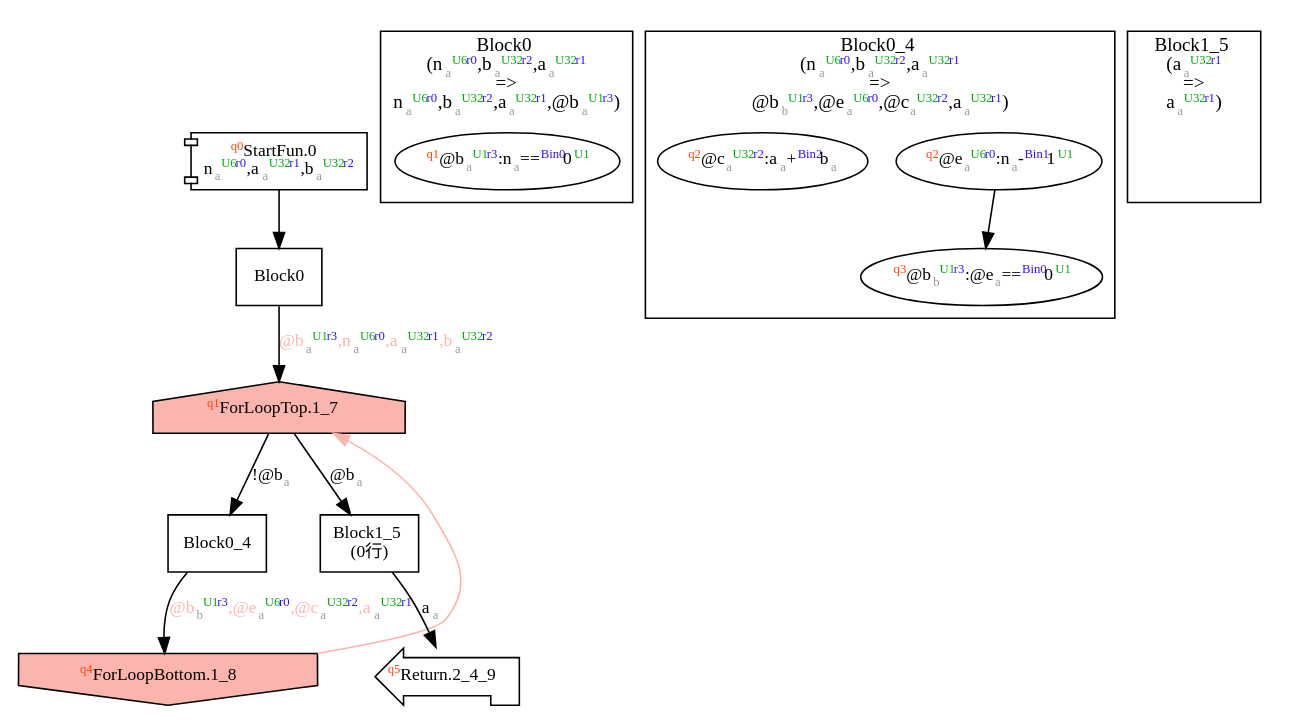
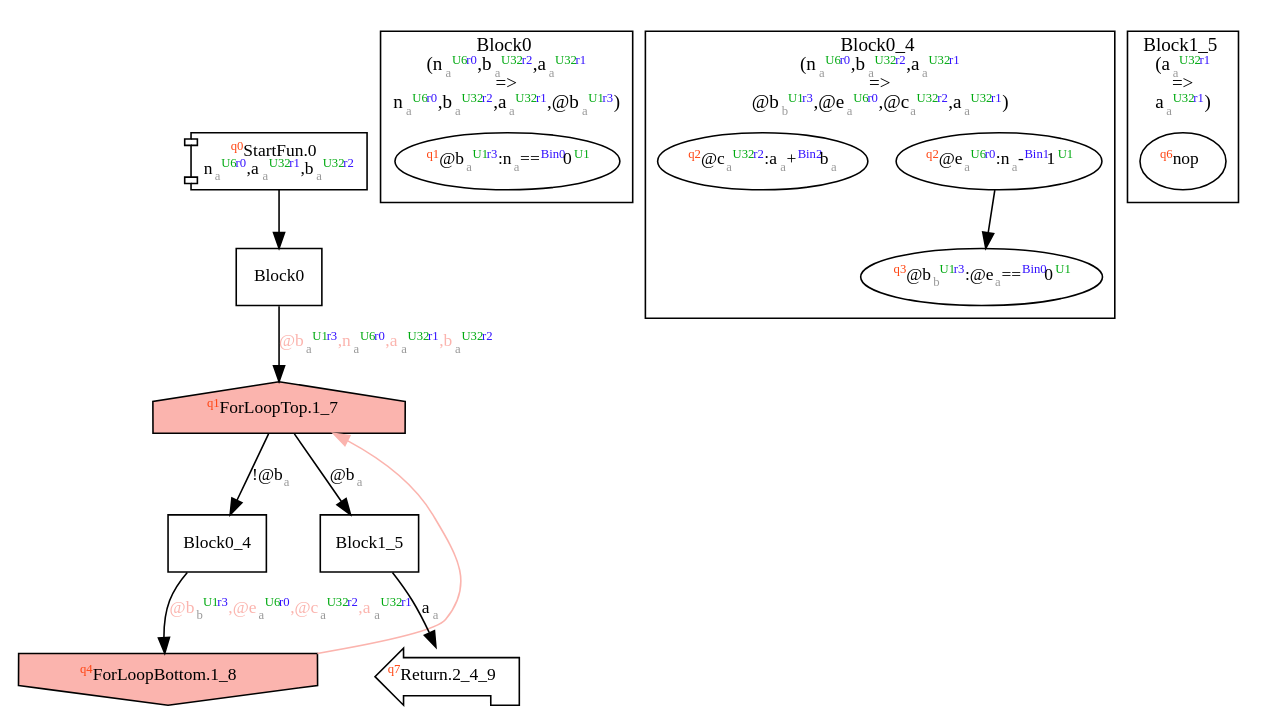
Before and after one commit to akouryy/SyntheScala: the diagram in dist/fib.dot, drawn with Graphviz. The commit also changed 21 other files, not shown here.

```diff
--- a/dist/fib.dot
+++ b/dist/fib.dot
@@ -1,45 +1,45 @@
 digraph Program_ {
   graph [fontname = "Monaco", fontsize = 12, ranksep = 0.5];
   node [shape = box, fontname = "Monaco", fontsize = 11; colorscheme = pastel19];
   edge [fontname = "Monaco", fontsize = 11; colorscheme = pastel19];
   Jump0[label = <<font color="#ff4411" point-size="8"><sup>q0</sup></font>StartFun.0<br/>n<font color="#999999" point-size="8"><sub>a</sub></font><font color="#00aa11" point-size="8"><sup>U6</sup></font><font color="#3311ff" point-size="8"><sup>r0</sup></font>,a<font color="#999999" point-size="8"><sub>a</sub></font><font color="#00aa11" point-size="8"><sup>U32</sup></font><font color="#3311ff" point-size="8"><sup>r1</sup></font>,b<font color="#999999" point-size="8"><sub>a</sub></font><font color="#00aa11" point-size="8"><sup>U32</sup></font><font color="#3311ff" point-size="8"><sup>r2</sup></font>>; shape = component];
   Jump0 -> Block0;
   Jump1_7[
     label = <<font color="#ff4411" point-size="8"><sup>q1</sup></font>ForLoopTop.1_7>;
     shape = house; style = filled;
     fillcolor = 1;
   ];
   Block0 -> Jump1_7 [label=<@b<font color="#999999" point-size="8"><sub>a</sub></font><font color="#00aa11" point-size="8"><sup>U1</sup></font><font color="#3311ff" point-size="8"><sup>r3</sup></font>,n<font color="#999999" point-size="8"><sub>a</sub></font><font color="#00aa11" point-size="8"><sup>U6</sup></font><font color="#3311ff" point-size="8"><sup>r0</sup></font>,a<font color="#999999" point-size="8"><sub>a</sub></font><font color="#00aa11" point-size="8"><sup>U32</sup></font><font color="#3311ff" point-size="8"><sup>r1</sup></font>,b<font color="#999999" point-size="8"><sub>a</sub></font><font color="#00aa11" point-size="8"><sup>U32</sup></font><font color="#3311ff" point-size="8"><sup>r2</sup></font>>; fontcolor=1];
   Jump1_7 -> Block0_4 [label = <!@b<font color="#999999" point-size="8"><sub>a</sub></font>>];
   Jump1_8 -> Jump1_7 [constraint = false; color = 1];
   Jump1_7 -> Block1_5 [label = <@b<font color="#999999" point-size="8"><sub>a</sub></font>>];
   Jump1_8[
     label = <<font color="#ff4411" point-size="8"><sup>q4</sup></font>ForLoopBottom.1_8>
     shape = invhouse; style = filled;
     fillcolor = 1;
   ];
   Block0_4 -> Jump1_8 [label=<@b<font color="#999999" point-size="8"><sub>b</sub></font><font color="#00aa11" point-size="8"><sup>U1</sup></font><font color="#3311ff" point-size="8"><sup>r3</sup></font>,@e<font color="#999999" point-size="8"><sub>a</sub></font><font color="#00aa11" point-size="8"><sup>U6</sup></font><font color="#3311ff" point-size="8"><sup>r0</sup></font>,@c<font color="#999999" point-size="8"><sub>a</sub></font><font color="#00aa11" point-size="8"><sup>U32</sup></font><font color="#3311ff" point-size="8"><sup>r2</sup></font>,a<font color="#999999" point-size="8"><sub>a</sub></font><font color="#00aa11" point-size="8"><sup>U32</sup></font><font color="#3311ff" point-size="8"><sup>r1</sup></font>>; fontcolor=1];
-  Jump2_4_9[label = <<font color="#ff4411" point-size="8"><sup>q5</sup></font>Return.2_4_9>; shape = lpromoter];
+  Jump2_4_9[label = <<font color="#ff4411" point-size="8"><sup>q7</sup></font>Return.2_4_9>; shape = lpromoter];
   Block1_5 -> Jump2_4_9 [label=<a<font color="#999999" point-size="8"><sub>a</sub></font>>];
   Block0 [label = "Block0"];
   Block0_4 [label = "Block0_4"];
-  Block1_5 [label = "Block1_5\l(0行)"];
+  Block1_5 [label = "Block1_5"];
   subgraph cluster_dfg_Block0 {
     node [shape = oval];
     label = <Block0<br/>(n<font color="#999999" point-size="8"><sub>a</sub></font><font color="#00aa11" point-size="8"><sup>U6</sup></font><font color="#3311ff" point-size="8"><sup>r0</sup></font>,b<font color="#999999" point-size="8"><sub>a</sub></font><font color="#00aa11" point-size="8"><sup>U32</sup></font><font color="#3311ff" point-size="8"><sup>r2</sup></font>,a<font color="#999999" point-size="8"><sub>a</sub></font><font color="#00aa11" point-size="8"><sup>U32</sup></font><font color="#3311ff" point-size="8"><sup>r1</sup></font><br/>=&gt;<br/>n<font color="#999999" point-size="8"><sub>a</sub></font><font color="#00aa11" point-size="8"><sup>U6</sup></font><font color="#3311ff" point-size="8"><sup>r0</sup></font>,b<font color="#999999" point-size="8"><sub>a</sub></font><font color="#00aa11" point-size="8"><sup>U32</sup></font><font color="#3311ff" point-size="8"><sup>r2</sup></font>,a<font color="#999999" point-size="8"><sub>a</sub></font><font color="#00aa11" point-size="8"><sup>U32</sup></font><font color="#3311ff" point-size="8"><sup>r1</sup></font>,@b<font color="#999999" point-size="8"><sub>a</sub></font><font color="#00aa11" point-size="8"><sup>U1</sup></font><font color="#3311ff" point-size="8"><sup>r3</sup></font>)>;
-    6 [label=<<font color="#ff4411" point-size="8"><sup>q1</sup></font>@b<font color="#999999" point-size="8"><sub>a</sub></font><font color="#00aa11" point-size="8"><sup>U1</sup></font><font color="#3311ff" point-size="8"><sup>r3</sup></font>:n<font color="#999999" point-size="8"><sub>a</sub></font>==<font color="#3311ff" point-size="8"><sup>Bin0</sup></font>0<font color="#00aa11" point-size="8"><sup>U1</sup></font>>];
+    8 [label=<<font color="#ff4411" point-size="8"><sup>q1</sup></font>@b<font color="#999999" point-size="8"><sub>a</sub></font><font color="#00aa11" point-size="8"><sup>U1</sup></font><font color="#3311ff" point-size="8"><sup>r3</sup></font>:n<font color="#999999" point-size="8"><sub>a</sub></font>==<font color="#3311ff" point-size="8"><sup>Bin0</sup></font>0<font color="#00aa11" point-size="8"><sup>U1</sup></font>>];
   }
   subgraph cluster_dfg_Block0_4 {
     node [shape = oval];
     label = <Block0_4<br/>(n<font color="#999999" point-size="8"><sub>a</sub></font><font color="#00aa11" point-size="8"><sup>U6</sup></font><font color="#3311ff" point-size="8"><sup>r0</sup></font>,b<font color="#999999" point-size="8"><sub>a</sub></font><font color="#00aa11" point-size="8"><sup>U32</sup></font><font color="#3311ff" point-size="8"><sup>r2</sup></font>,a<font color="#999999" point-size="8"><sub>a</sub></font><font color="#00aa11" point-size="8"><sup>U32</sup></font><font color="#3311ff" point-size="8"><sup>r1</sup></font><br/>=&gt;<br/>@b<font color="#999999" point-size="8"><sub>b</sub></font><font color="#00aa11" point-size="8"><sup>U1</sup></font><font color="#3311ff" point-size="8"><sup>r3</sup></font>,@e<font color="#999999" point-size="8"><sub>a</sub></font><font color="#00aa11" point-size="8"><sup>U6</sup></font><font color="#3311ff" point-size="8"><sup>r0</sup></font>,@c<font color="#999999" point-size="8"><sub>a</sub></font><font color="#00aa11" point-size="8"><sup>U32</sup></font><font color="#3311ff" point-size="8"><sup>r2</sup></font>,a<font color="#999999" point-size="8"><sub>a</sub></font><font color="#00aa11" point-size="8"><sup>U32</sup></font><font color="#3311ff" point-size="8"><sup>r1</sup></font>)>;
-    7 [label=<<font color="#ff4411" point-size="8"><sup>q2</sup></font>@e<font color="#999999" point-size="8"><sub>a</sub></font><font color="#00aa11" point-size="8"><sup>U6</sup></font><font color="#3311ff" point-size="8"><sup>r0</sup></font>:n<font color="#999999" point-size="8"><sub>a</sub></font>-<font color="#3311ff" point-size="8"><sup>Bin1</sup></font>1<font color="#00aa11" point-size="8"><sup>U1</sup></font>>];
-    8 [label=<<font color="#ff4411" point-size="8"><sup>q2</sup></font>@c<font color="#999999" point-size="8"><sub>a</sub></font><font color="#00aa11" point-size="8"><sup>U32</sup></font><font color="#3311ff" point-size="8"><sup>r2</sup></font>:a<font color="#999999" point-size="8"><sub>a</sub></font>+<font color="#3311ff" point-size="8"><sup>Bin2</sup></font>b<font color="#999999" point-size="8"><sub>a</sub></font>>];
-    9 [label=<<font color="#ff4411" point-size="8"><sup>q3</sup></font>@b<font color="#999999" point-size="8"><sub>b</sub></font><font color="#00aa11" point-size="8"><sup>U1</sup></font><font color="#3311ff" point-size="8"><sup>r3</sup></font>:@e<font color="#999999" point-size="8"><sub>a</sub></font>==<font color="#3311ff" point-size="8"><sup>Bin0</sup></font>0<font color="#00aa11" point-size="8"><sup>U1</sup></font>>];
-    7 -> 9;
+    9 [label=<<font color="#ff4411" point-size="8"><sup>q2</sup></font>@e<font color="#999999" point-size="8"><sub>a</sub></font><font color="#00aa11" point-size="8"><sup>U6</sup></font><font color="#3311ff" point-size="8"><sup>r0</sup></font>:n<font color="#999999" point-size="8"><sub>a</sub></font>-<font color="#3311ff" point-size="8"><sup>Bin1</sup></font>1<font color="#00aa11" point-size="8"><sup>U1</sup></font>>];
+    10 [label=<<font color="#ff4411" point-size="8"><sup>q2</sup></font>@c<font color="#999999" point-size="8"><sub>a</sub></font><font color="#00aa11" point-size="8"><sup>U32</sup></font><font color="#3311ff" point-size="8"><sup>r2</sup></font>:a<font color="#999999" point-size="8"><sub>a</sub></font>+<font color="#3311ff" point-size="8"><sup>Bin2</sup></font>b<font color="#999999" point-size="8"><sub>a</sub></font>>];
+    11 [label=<<font color="#ff4411" point-size="8"><sup>q3</sup></font>@b<font color="#999999" point-size="8"><sub>b</sub></font><font color="#00aa11" point-size="8"><sup>U1</sup></font><font color="#3311ff" point-size="8"><sup>r3</sup></font>:@e<font color="#999999" point-size="8"><sub>a</sub></font>==<font color="#3311ff" point-size="8"><sup>Bin0</sup></font>0<font color="#00aa11" point-size="8"><sup>U1</sup></font>>];
+    9 -> 11;
   }
   subgraph cluster_dfg_Block1_5 {
     node [shape = oval];
     label = <Block1_5<br/>(a<font color="#999999" point-size="8"><sub>a</sub></font><font color="#00aa11" point-size="8"><sup>U32</sup></font><font color="#3311ff" point-size="8"><sup>r1</sup></font><br/>=&gt;<br/>a<font color="#999999" point-size="8"><sub>a</sub></font><font color="#00aa11" point-size="8"><sup>U32</sup></font><font color="#3311ff" point-size="8"><sup>r1</sup></font>)>;
-    dummy [style=invis];
+    12 [label=<<font color="#ff4411" point-size="8"><sup>q6</sup></font>nop>];
   }
 }
```
